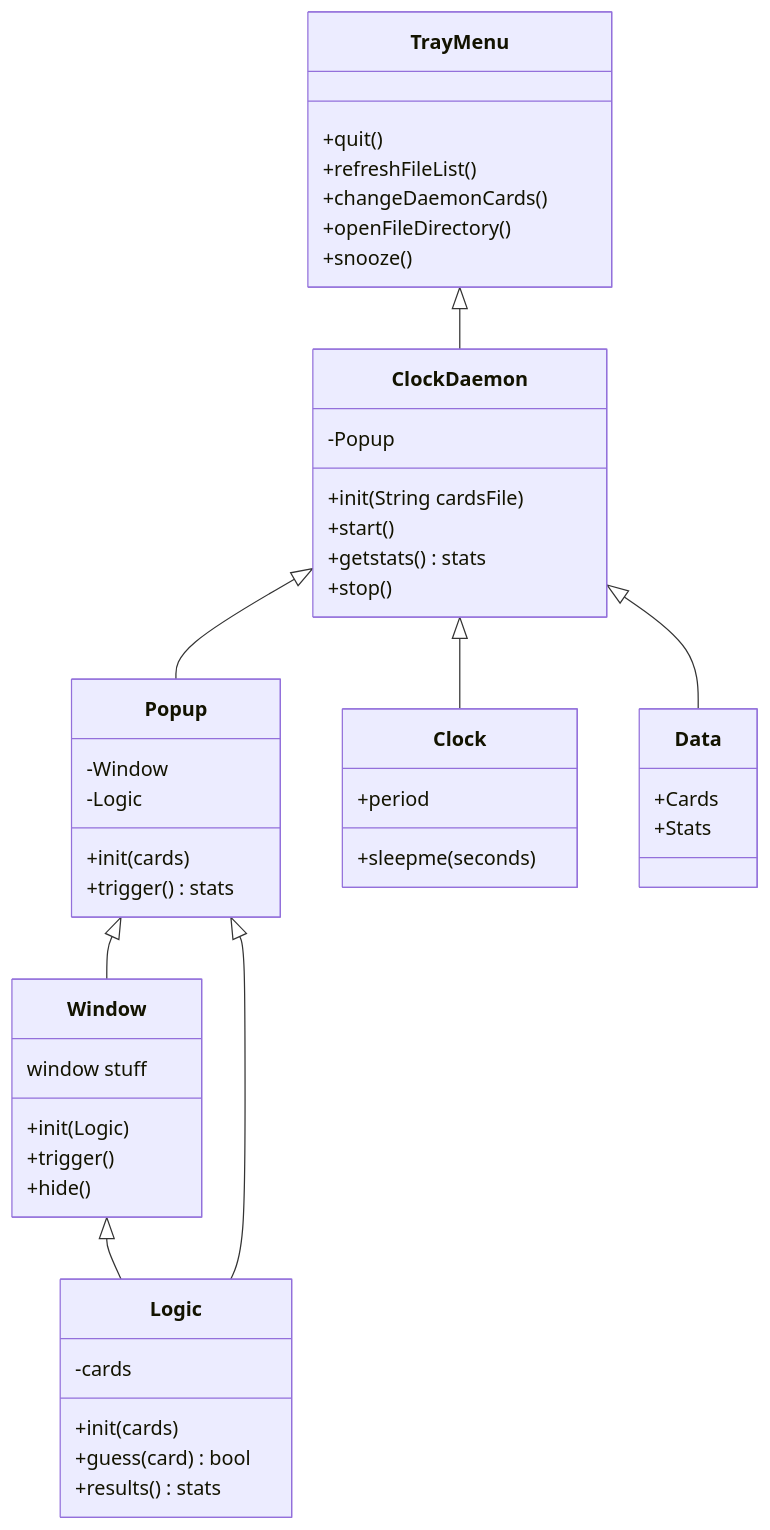
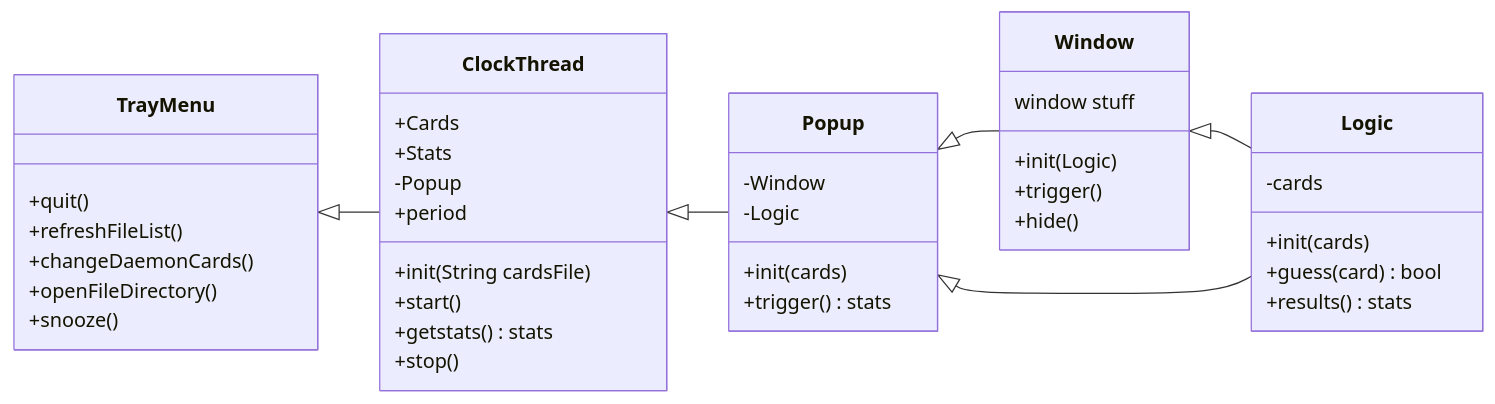
Before and after one commit to 24adamcho/sudden-flash-card-event: the fourth of 4 diagrams in docs/classdiagram.md, drawn with Mermaid. The commit also changed other lines of this file and 4 other files, not shown here.

Commit message:
lump clock thread into one file, because threading

````diff
--- a/docs/classdiagram.md
+++ b/docs/classdiagram.md
@@ -69,56 +61,48 @@
 ```mermaid
 classDiagram
-direction TB
+direction LR
     class Logic{
         -cards
         +init(cards)
         +guess(card) bool
         +results() stats
     }
     class Window{
         window stuff
         +init(Logic)
         +trigger()
         +hide()
     }
     class Popup{
         -Window
         -Logic
         +init(cards)
         +trigger() stats
     }
 
-    class Clock{
+    class ClockThread{
+        +Cards
+        +Stats
+        -Popup
         +period
-        +sleepme(seconds)
-    }
-    class ClockDaemon{
-        -Popup
         +init(String cardsFile)
         +start()
         +getstats() stats
         +stop()
-    }
-    class Data{
-        +Cards
-        +Stats
     }
 
     class TrayMenu{
         +quit()
         +refreshFileList()
         +changeDaemonCards()
         +openFileDirectory()
         +snooze()
     }
 
     Popup <|-- Window
     Window <|-- Logic
     Popup <|-- Logic
 
-    ClockDaemon <|-- Data
-    ClockDaemon <|-- Clock
-
-    ClockDaemon <|-- Popup
-    TrayMenu <|-- ClockDaemon
+    ClockThread<|-- Popup
+    TrayMenu <|-- ClockThread
 ```
````
